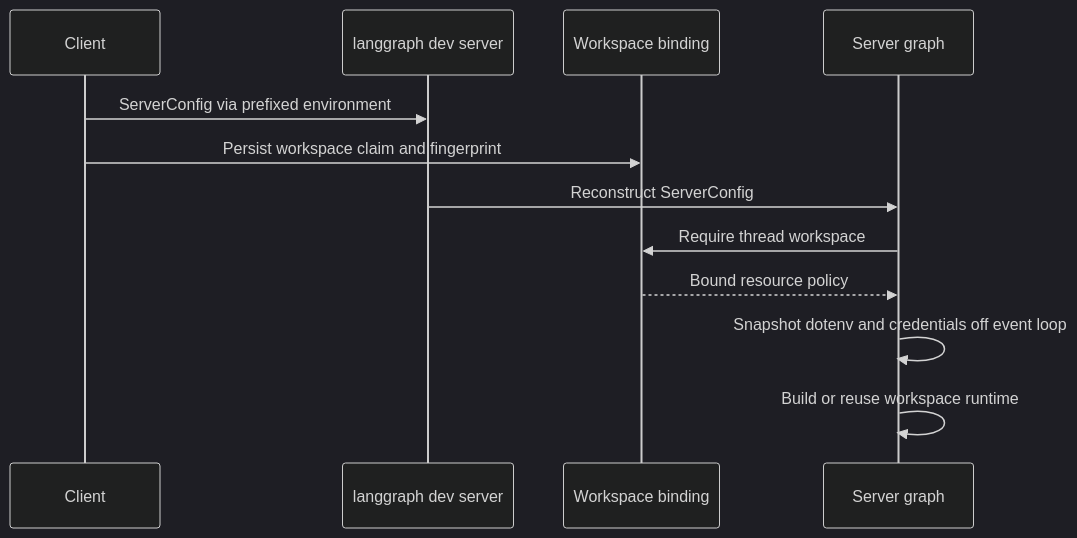
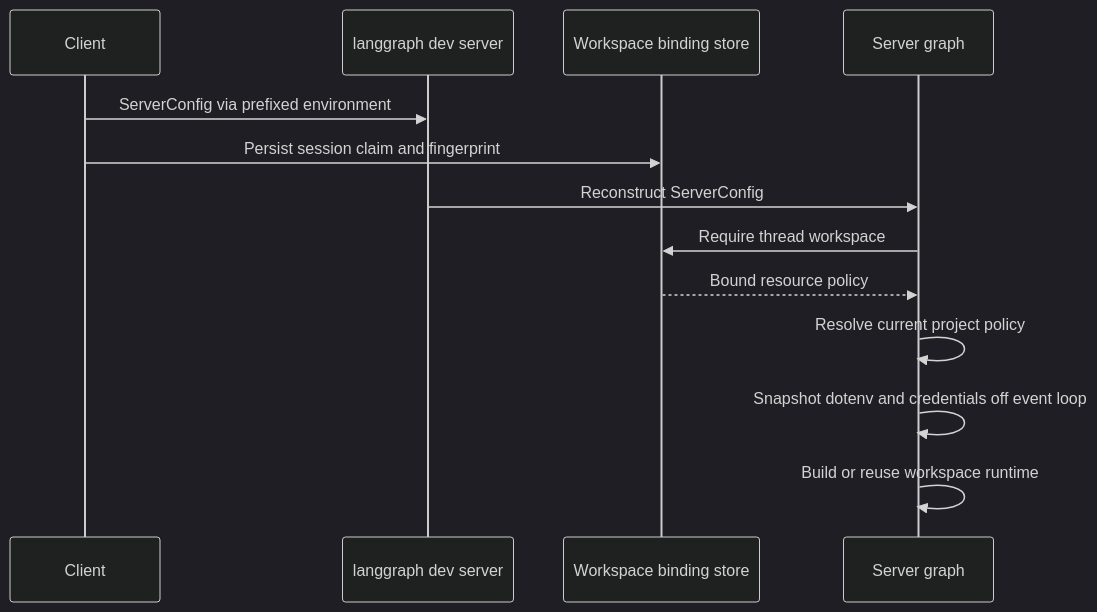
Before and after one commit to langchain-ai/deepagents: the third of 3 diagrams in openwiki/concepts/config-layering.md, drawn with Mermaid (dark theme). The commit also changed other lines of this file and 63 other files, not shown here.

````diff
--- a/openwiki/concepts/config-layering.md
+++ b/openwiki/concepts/config-layering.md
@@ -109,14 +115,15 @@
 ```mermaid
 sequenceDiagram
     participant Client
     participant Server as langgraph dev server
-    participant Binding as Workspace binding
+    participant Binding as Workspace binding store
     participant Graph as Server graph
     Client->>Server: ServerConfig via prefixed environment
-    Client->>Binding: Persist workspace claim and fingerprint
+    Client->>Binding: Persist session claim and fingerprint
     Server->>Graph: Reconstruct ServerConfig
     Graph->>Binding: Require thread workspace
     Binding-->>Graph: Bound resource policy
+    Graph->>Graph: Resolve current project policy
     Graph->>Graph: Snapshot dotenv and credentials off event loop
     Graph->>Graph: Build or reuse workspace runtime
 ```
````
